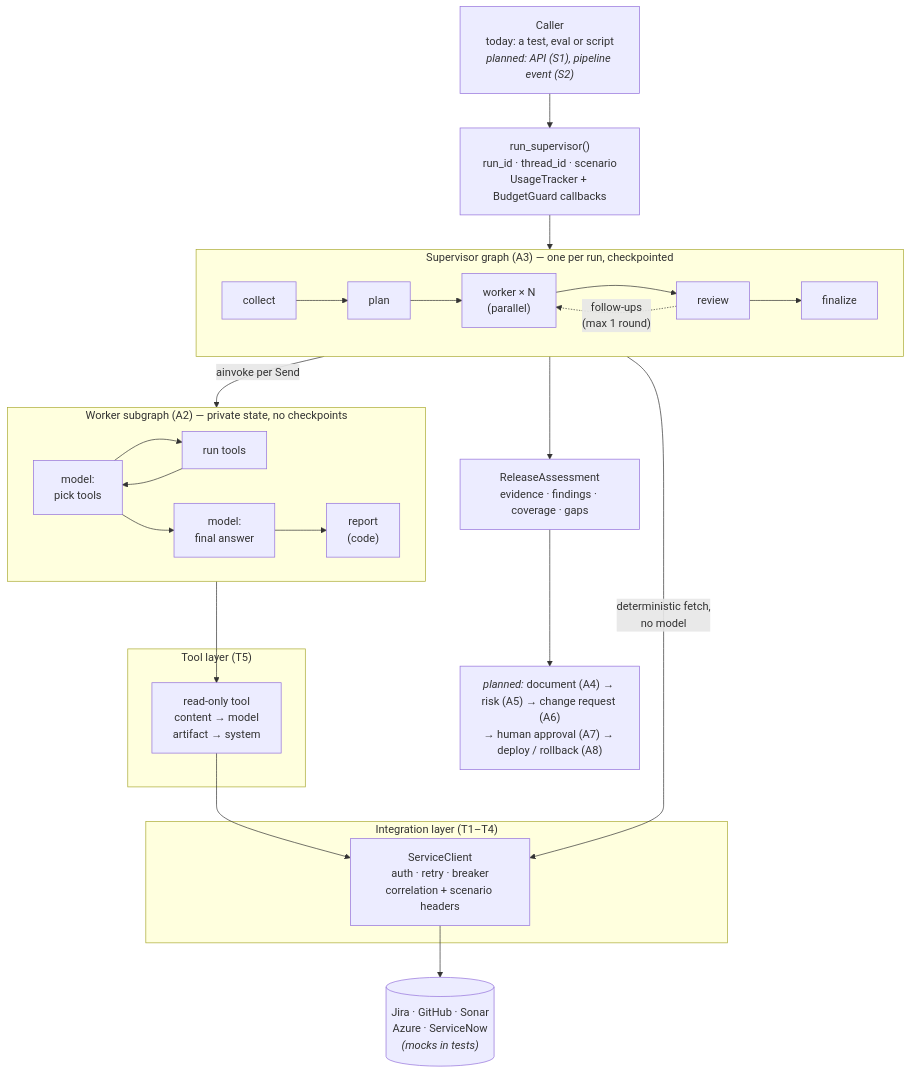
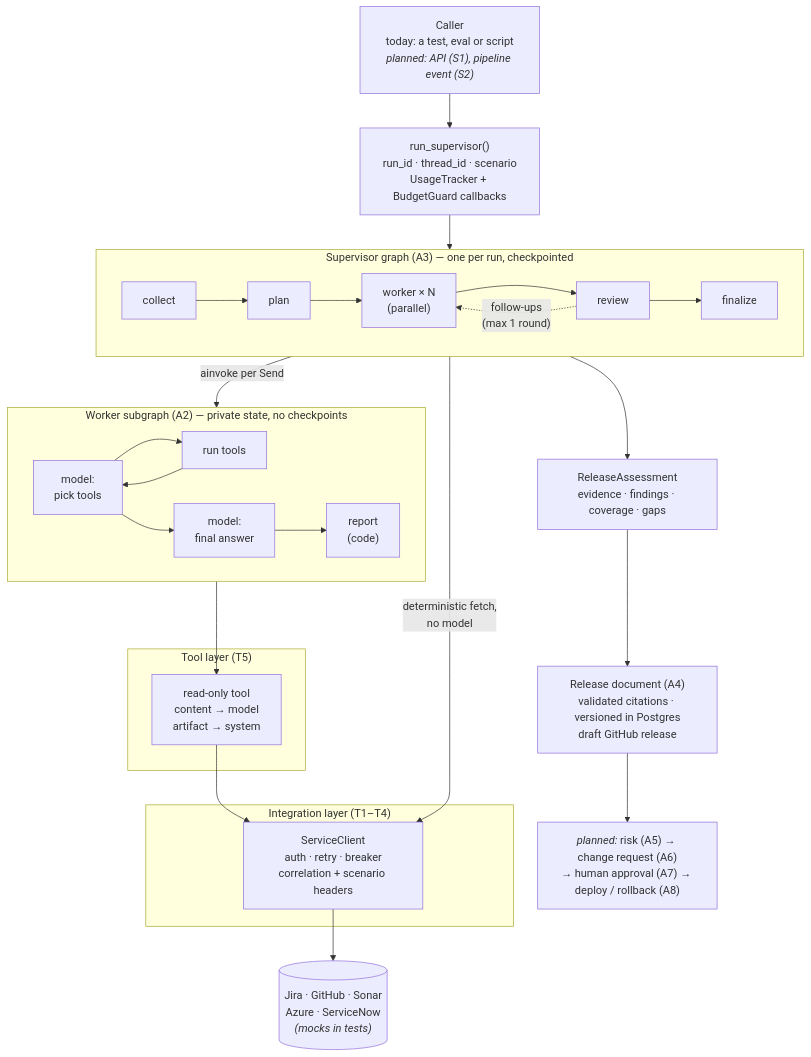
Before and after one commit to Aman-desta/release-copilot: the first of 11 diagrams in docs/execution-model.md, drawn with Mermaid. The commit also changed other lines of this file and 3 other files, not shown here.

````diff
--- a/docs/execution-model.md
+++ b/docs/execution-model.md
@@ -12,36 +12,37 @@
 ```mermaid
 flowchart TB
     trigger["Caller<br/>today: a test, eval or script<br/><i>planned: API (S1), pipeline event (S2)</i>"]
     run["run_supervisor()<br/>run_id · thread_id · scenario<br/>UsageTracker + BudgetGuard callbacks"]
 
     subgraph SUP["Supervisor graph (A3) — one per run, checkpointed"]
         direction LR
         collect --> plan --> workers["worker × N<br/>(parallel)"] --> review --> finalize
         review -. "follow-ups<br/>(max 1 round)" .-> workers
     end
 
     subgraph W["Worker subgraph (A2) — private state, no checkpoints"]
         direction LR
         agent["model:<br/>pick tools"] --> tools["run tools"] --> agent
         agent --> respond["model:<br/>final answer"] --> report["report<br/>(code)"]
     end
 
     subgraph T["Tool layer (T5)"]
         tool["read-only tool<br/>content → model<br/>artifact → system"]
     end
 
     subgraph I["Integration layer (T1–T4)"]
         http["ServiceClient<br/>auth · retry · breaker<br/>correlation + scenario headers"]
     end
 
     ext[("Jira · GitHub · Sonar<br/>Azure · ServiceNow<br/><i>(mocks in tests)</i>")]
 
     out["ReleaseAssessment<br/>evidence · findings · coverage · gaps"]
-    next["<i>planned:</i> document (A4) → risk (A5) → change request (A6)<br/>→ human approval (A7) → deploy / rollback (A8)"]
+    doc["Release document (A4)<br/>validated citations · versioned in Postgres<br/>draft GitHub release"]
+    next["<i>planned:</i> risk (A5) → change request (A6)<br/>→ human approval (A7) → deploy / rollback (A8)"]
 
     trigger --> run --> SUP
     collect -- "deterministic fetch,<br/>no model" --> http
     workers -- "ainvoke per Send" --> W
     tools --> tool --> http --> ext
-    finalize --> out --> next
+    finalize --> out --> doc --> next
 ```
````
